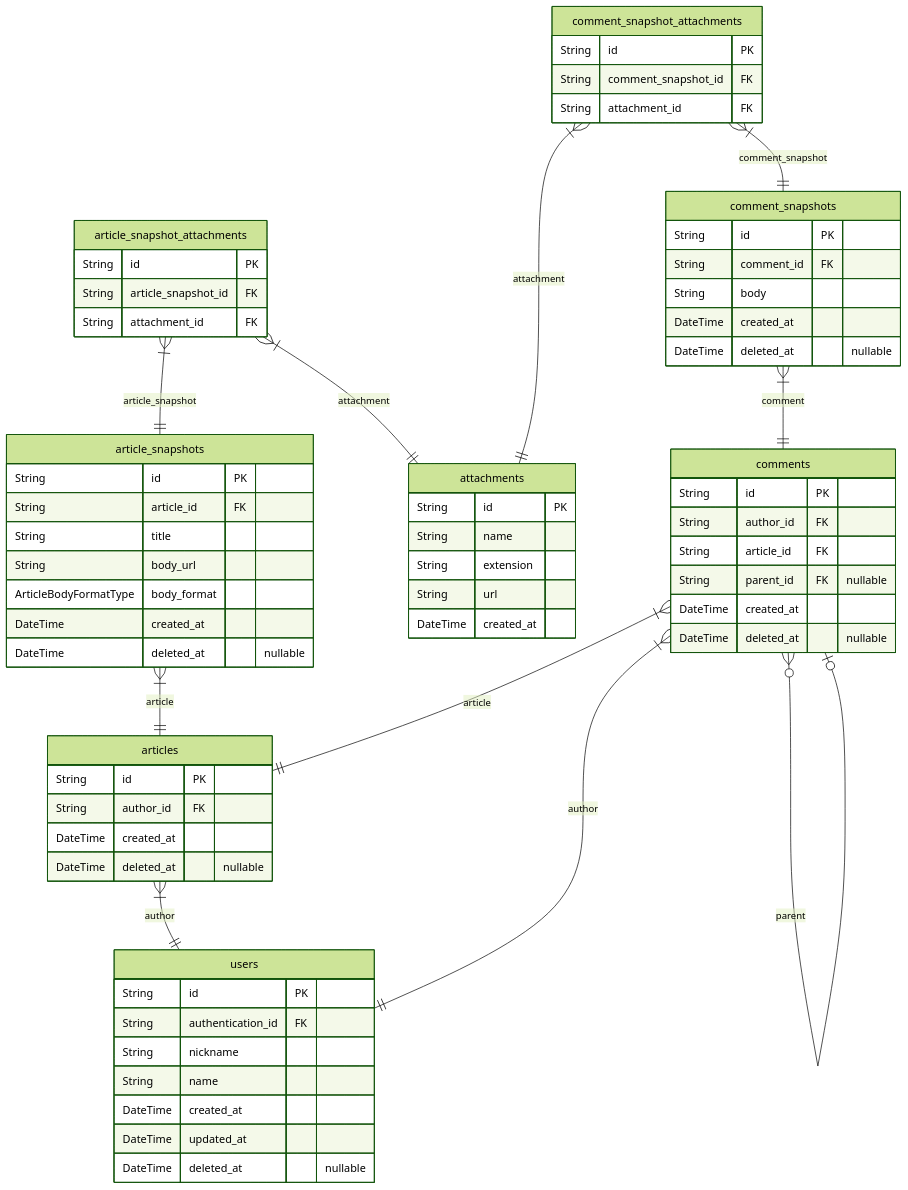
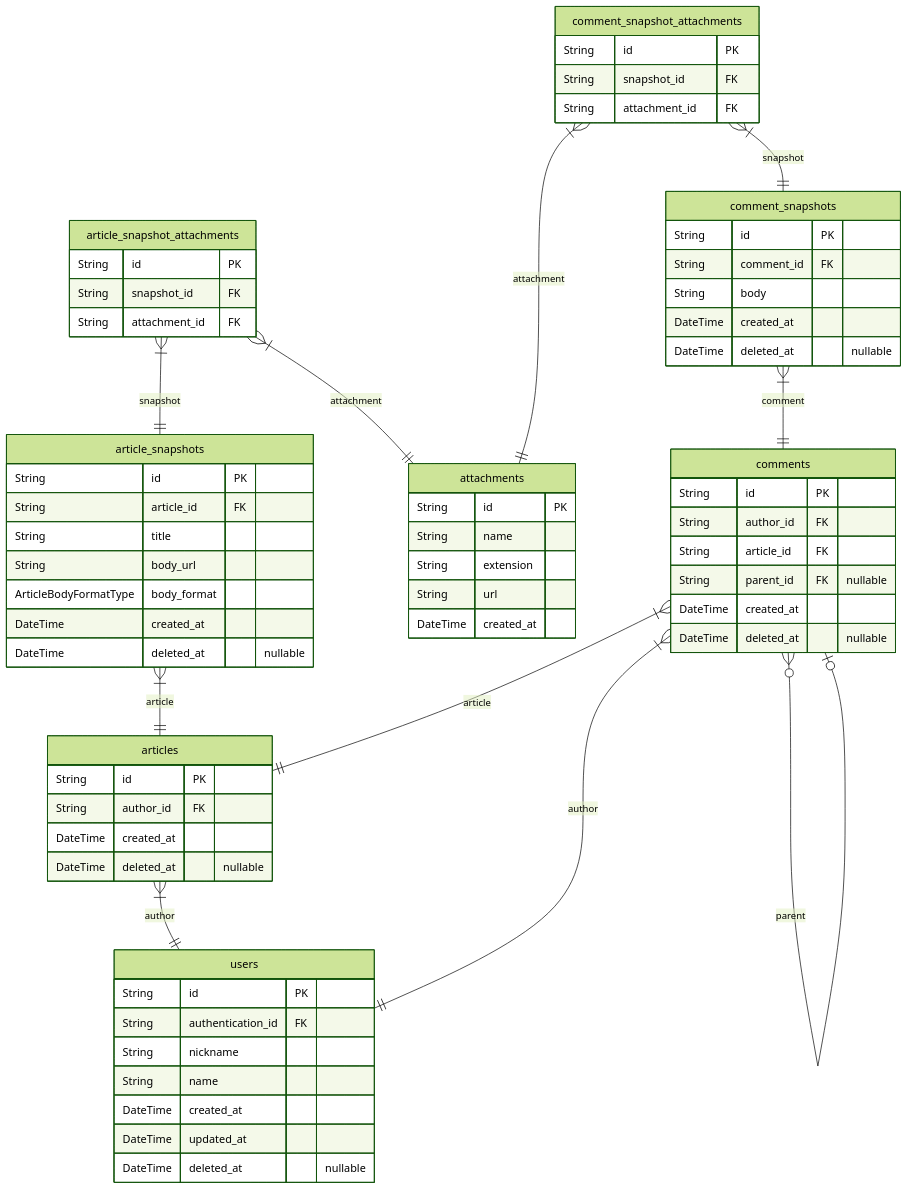
The first of 2 diagrams in ERD.md (rojiwon123/bbs), drawn with Mermaid (forest theme) before and after one commit. The commit also changed other lines of this file and 5 other files, not shown here.

````diff
--- a/ERD.md
+++ b/ERD.md
@@ -10,69 +10,69 @@
 ```mermaid
 erDiagram
 articles {
     String id PK
     String author_id FK
     DateTime created_at
     DateTime deleted_at "nullable"
 }
 article_snapshots {
     String id PK
     String article_id FK
     String title
     String body_url
     ArticleBodyFormatType body_format
     DateTime created_at
     DateTime deleted_at "nullable"
 }
 article_snapshot_attachments {
     String id PK
-    String article_snapshot_id FK
+    String snapshot_id FK
     String attachment_id FK
 }
 attachments {
     String id PK
     String name
     String extension
     String url
     DateTime created_at
 }
 comments {
     String id PK
     String author_id FK
     String article_id FK
     String parent_id FK "nullable"
     DateTime created_at
     DateTime deleted_at "nullable"
 }
 comment_snapshots {
     String id PK
     String comment_id FK
     String body
     DateTime created_at
     DateTime deleted_at "nullable"
 }
 comment_snapshot_attachments {
     String id PK
-    String comment_snapshot_id FK
+    String snapshot_id FK
     String attachment_id FK
 }
 users {
     String id PK
     String authentication_id FK
     String nickname
     String name
     DateTime created_at
     DateTime updated_at
     DateTime deleted_at "nullable"
 }
 articles }|--|| users : author
 article_snapshots }|--|| articles : article
-article_snapshot_attachments }|--|| article_snapshots : article_snapshot
+article_snapshot_attachments }|--|| article_snapshots : snapshot
 article_snapshot_attachments }|--|| attachments : attachment
 comments }|--|| users : author
 comments }|--|| articles : article
 comments }o--o| comments : parent
 comment_snapshots }|--|| comments : comment
-comment_snapshot_attachments }|--|| comment_snapshots : comment_snapshot
+comment_snapshot_attachments }|--|| comment_snapshots : snapshot
 comment_snapshot_attachments }|--|| attachments : attachment
 ```
````
